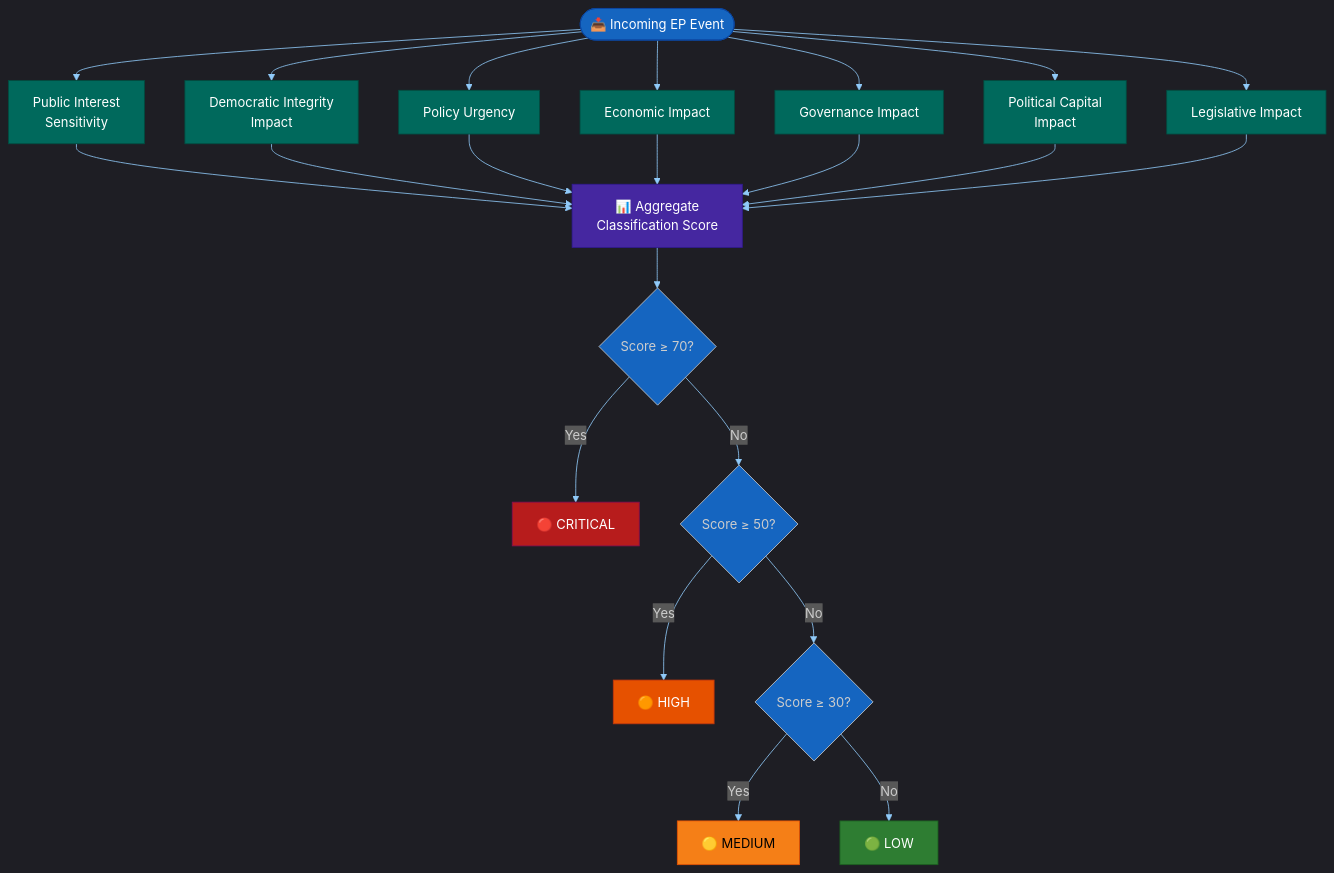
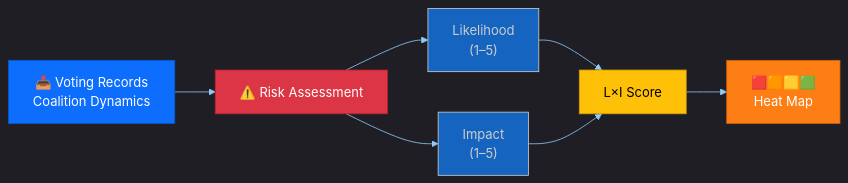
Before and after one commit to Hack23/euparliamentmonitor: the sixth of 16 diagrams in docs/api/media/README-9.md, drawn with Mermaid. The commit also changed other lines of this file and 1553 other files, not shown here.

````diff
--- a/docs/api/media/README-9.md
+++ b/docs/api/media/README-9.md
@@ -339,41 +377,14 @@
 ```mermaid
 %%{init: {"theme":"dark","themeVariables":{"primaryColor":"#1565C0","primaryTextColor":"#ffffff","primaryBorderColor":"#0A3F7F","lineColor":"#90CAF9","secondaryColor":"#2E7D32","secondaryTextColor":"#ffffff","secondaryBorderColor":"#0F3F00","tertiaryColor":"#FF9800","tertiaryTextColor":"#000000","tertiaryBorderColor":"#7F4F00","mainBkg":"#1565C0","secondBkg":"#2E7D32","tertiaryBkg":"#FF9800","noteBkgColor":"#FFC107","noteTextColor":"#000000","noteBorderColor":"#7F6000","errorBkgColor":"#D32F2F","errorTextColor":"#ffffff","fontFamily":"Inter, Helvetica, Arial, sans-serif","pie1":"#1565C0","pie2":"#2E7D32","pie3":"#FF9800","pie4":"#D32F2F","pie5":"#FFC107","pie6":"#7B1FA2","pie7":"#9E9E9E","pie8":"#0288D1","pie9":"#388E3C","pie10":"#F57C00","pie11":"#C62828","pie12":"#FBC02D","pieTitleTextSize":"18px","pieSectionTextSize":"14px","pieLegendTextSize":"13px","pieStrokeColor":"#1e1e1e","pieOuterStrokeColor":"#1e1e1e","git0":"#1565C0","git1":"#2E7D32","git2":"#FF9800","git3":"#D32F2F","gitBranchLabel0":"#ffffff","gitBranchLabel1":"#ffffff","gitBranchLabel2":"#000000","gitBranchLabel3":"#ffffff","cScale0":"#1565C0","cScale1":"#2E7D32","cScale2":"#FF9800","cScale3":"#D32F2F","cScale4":"#FFC107","cScale5":"#7B1FA2","cScale6":"#9E9E9E","cScale7":"#0288D1","xyChart":{"backgroundColor":"#1e1e1e","plotColorPalette":"#1565C0,#2E7D32,#FF9800,#D32F2F,#FFC107,#7B1FA2,#9E9E9E"}}}}%%
-graph TD
-    Event([📥 Incoming EP Event]) --> S1[Public Interest<br/>Sensitivity]
-    Event --> S2[Democratic Integrity<br/>Impact]
-    Event --> S3[Policy Urgency]
-    Event --> S4[Economic Impact]
-    Event --> S5[Governance Impact]
-    Event --> S6[Political Capital<br/>Impact]
-    Event --> S7[Legislative Impact]
+flowchart LR
+    DATA["📥 Voting Records<br/>Coalition Dynamics"] --> RISK["⚠️ Risk Assessment"]
+    RISK --> L["Likelihood<br/>(1–5)"]
+    RISK --> I["Impact<br/>(1–5)"]
+    L & I --> SCORE["L×I Score"]
+    SCORE --> HEAT["🟥🟧🟨🟩<br/>Heat Map"]
 
-    S1 --> Score[📊 Aggregate<br/>Classification Score]
-    S2 --> Score
-    S3 --> Score
-    S4 --> Score
-    S5 --> Score
-    S6 --> Score
-    S7 --> Score
-
-    Score --> T1{Score ≥ 70?}
-    T1 -->|Yes| CRIT[🔴 CRITICAL]
-    T1 -->|No| T2{Score ≥ 50?}
-    T2 -->|Yes| HIGH[🟠 HIGH]
-    T2 -->|No| T3{Score ≥ 30?}
-    T3 -->|Yes| MED[🟡 MEDIUM]
-    T3 -->|No| LOW[🟢 LOW]
-
-    style Event fill:#1565C0,stroke:#0D47A1,color:#FFFFFF
-    style Score fill:#4527A0,stroke:#311B92,color:#FFFFFF
-    style CRIT fill:#B71C1C,stroke:#880E4F,color:#FFFFFF
-    style HIGH fill:#E65100,stroke:#BF360C,color:#FFFFFF
-    style MED fill:#F57F17,stroke:#E65100,color:#000000
-    style LOW fill:#2E7D32,stroke:#1B5E20,color:#FFFFFF
-    style S1 fill:#00695C,stroke:#004D40,color:#FFFFFF
-    style S2 fill:#00695C,stroke:#004D40,color:#FFFFFF
-    style S3 fill:#00695C,stroke:#004D40,color:#FFFFFF
-    style S4 fill:#00695C,stroke:#004D40,color:#FFFFFF
-    style S5 fill:#00695C,stroke:#004D40,color:#FFFFFF
-    style S6 fill:#00695C,stroke:#004D40,color:#FFFFFF
-    style S7 fill:#00695C,stroke:#004D40,color:#FFFFFF
+    style DATA fill:#0d6efd,color:#fff,stroke:#0a58ca
+    style RISK fill:#dc3545,color:#fff,stroke:#bd2130
+    style SCORE fill:#ffc107,color:#000,stroke:#d39e00
+    style HEAT fill:#fd7e14,color:#fff,stroke:#c96009
 ```
````
